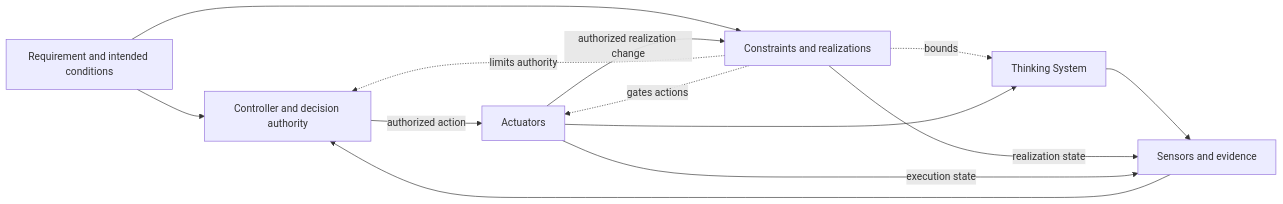
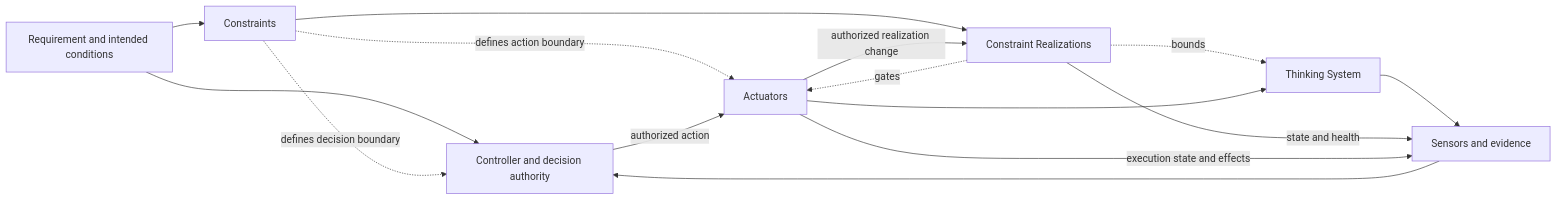
Before and after one commit to UncertaintyArchitectureGroup/uncertainty-architecture: the diagram in 01-patterns/thinking-system-review-template.md, drawn with Mermaid. The commit also changed other lines of this file, not shown here.

Commit message:
docs: expose realization in delivery review template

````diff
--- a/01-patterns/thinking-system-review-template.md
+++ b/01-patterns/thinking-system-review-template.md
@@ -211,22 +200,25 @@
 ```mermaid
 flowchart LR
     R[Requirement and intended conditions]
-    K[Constraints and realizations]
+    K[Constraints]
+    KR[Constraint Realizations]
     P[Thinking System]
     S[Sensors and evidence]
     C[Controller and decision authority]
     A[Actuators]
 
     R --> C
     R --> K
-    K -. bounds .-> P
-    K -. limits authority .-> C
-    K -. gates actions .-> A
+    K --> KR
+    K -. defines decision boundary .-> C
+    K -. defines action boundary .-> A
+    KR -. bounds .-> P
+    KR -. gates .-> A
     P --> S
-    K -->|realization state| S
-    A -->|execution state| S
+    KR -->|state and health| S
+    A -->|execution state and effects| S
     S --> C
     C -->|authorized action| A
     A --> P
-    A -->|authorized realization change| K
+    A -->|authorized realization change| KR
 ```
````
